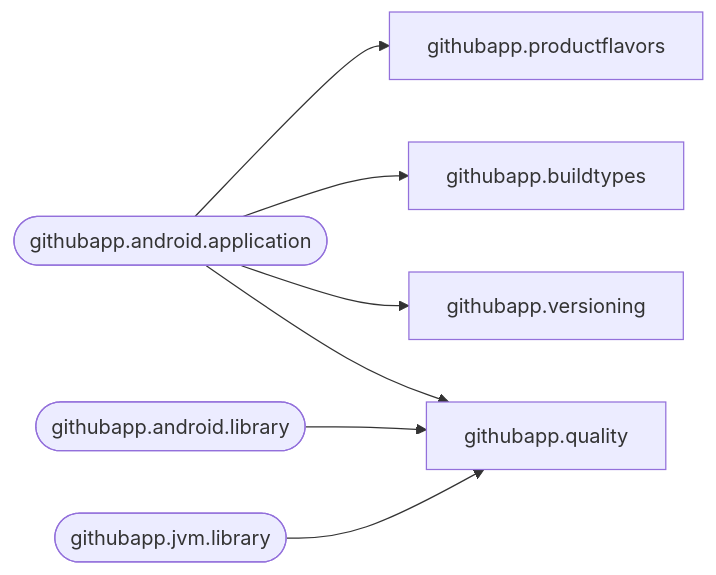
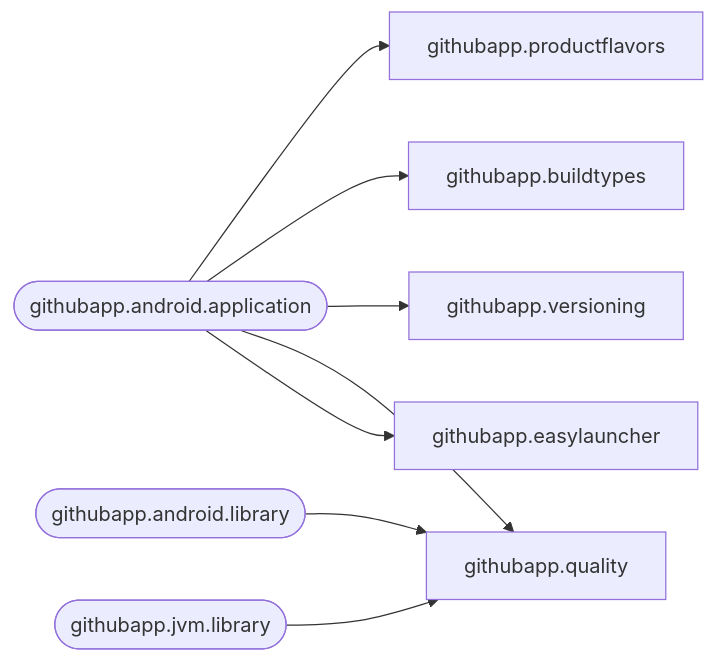
The fourth of 4 diagrams in README.md (MatijaSokol/GitHubApp), drawn with Mermaid before and after one commit. The commit also changed other lines of this file and 11 other files, not shown here.

````diff
--- a/README.md
+++ b/README.md
@@ -356,9 +388,10 @@
 ```mermaid
 flowchart LR
     application(["githubapp.android.application"]) --> productflavors["githubapp.productflavors"]
     application --> buildtypes["githubapp.buildtypes"]
     application --> versioning["githubapp.versioning"]
     application --> quality["githubapp.quality"]
+    application --> easylauncher["githubapp.easylauncher"]
     library(["githubapp.android.library"]) --> quality
     jvm(["githubapp.jvm.library"]) --> quality
 ```
````
